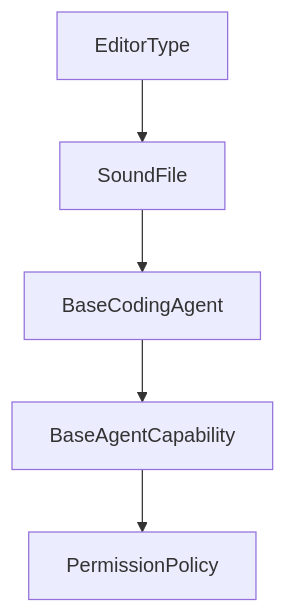
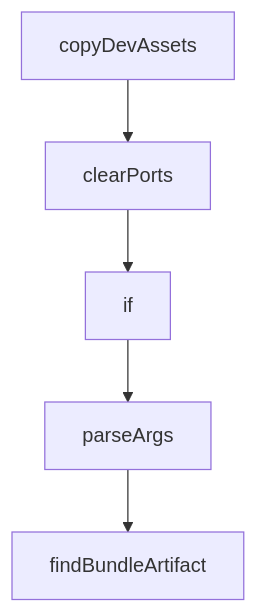
Before and after one commit to johnxie/awesome-code-docs: the diagram in tutorials/vibe-kanban-tutorial/04-mcp-and-configuration-control.md, drawn with Mermaid. The commit also changed other lines of this file and 1232 other files, not shown here.

````diff
--- a/tutorials/vibe-kanban-tutorial/04-mcp-and-configuration-control.md
+++ b/tutorials/vibe-kanban-tutorial/04-mcp-and-configuration-control.md
@@ -220,12 +218,12 @@
 ```mermaid
 flowchart TD
-    A[EditorType]
-    B[SoundFile]
-    C[BaseCodingAgent]
-    D[BaseAgentCapability]
-    E[PermissionPolicy]
+    A[copyDevAssets]
+    B[clearPorts]
+    C[if]
+    D[parseArgs]
+    E[findBundleArtifact]
     A --> B
     B --> C
     C --> D
     D --> E
 ```
````
